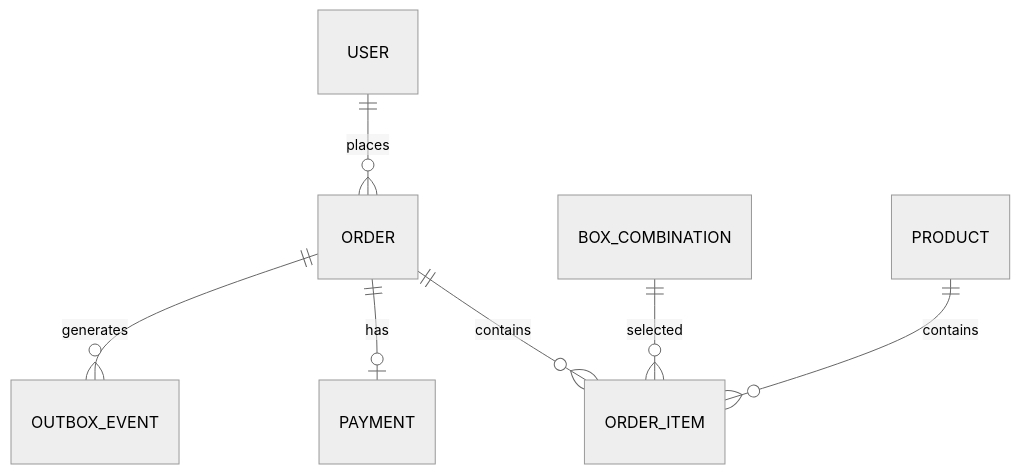
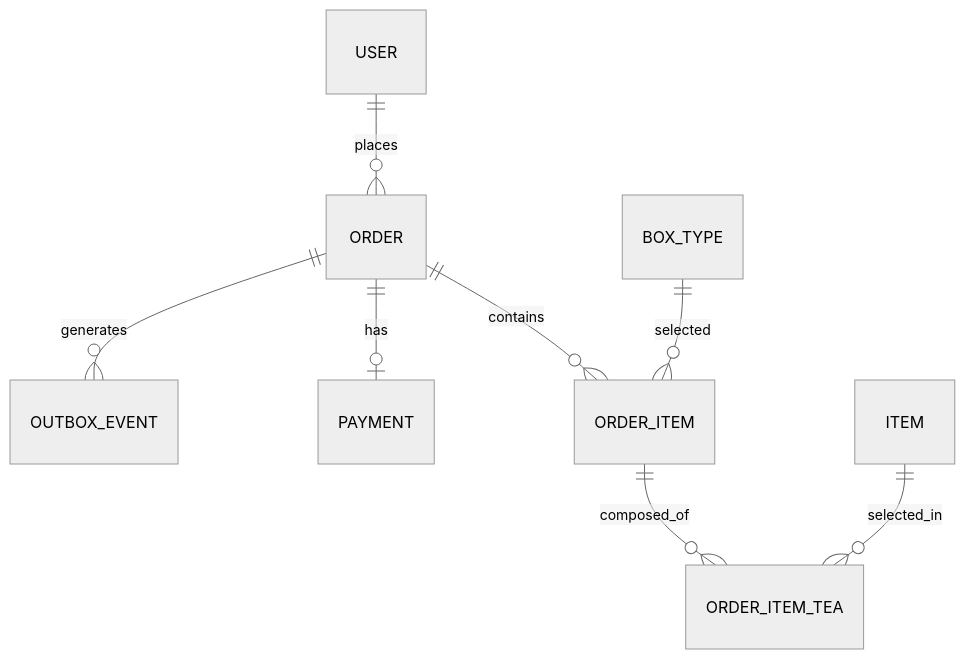
The fifth of 7 diagrams in ecommerce/docs/api/data-models.md (jay05410/hanghae10-for-study), drawn with Mermaid (neutral theme) before and after one commit. The commit also changed other lines of this file and 4 other files, not shown here.

````diff
--- a/ecommerce/docs/api/data-models.md
+++ b/ecommerce/docs/api/data-models.md
@@ -281,9 +364,10 @@
 ```mermaid
 erDiagram
     USER ||--o{ ORDER : places
     ORDER ||--o{ ORDER_ITEM : contains
+    ORDER_ITEM ||--o{ ORDER_ITEM_TEA : composed_of
     ORDER ||--o| PAYMENT : has
-    BOX_COMBINATION ||--o{ ORDER_ITEM : selected
-    PRODUCT ||--o{ ORDER_ITEM : contains
     ORDER ||--o{ OUTBOX_EVENT : generates
+    BOX_TYPE ||--o{ ORDER_ITEM : selected
+    ITEM ||--o{ ORDER_ITEM_TEA : selected_in
 ```
````
